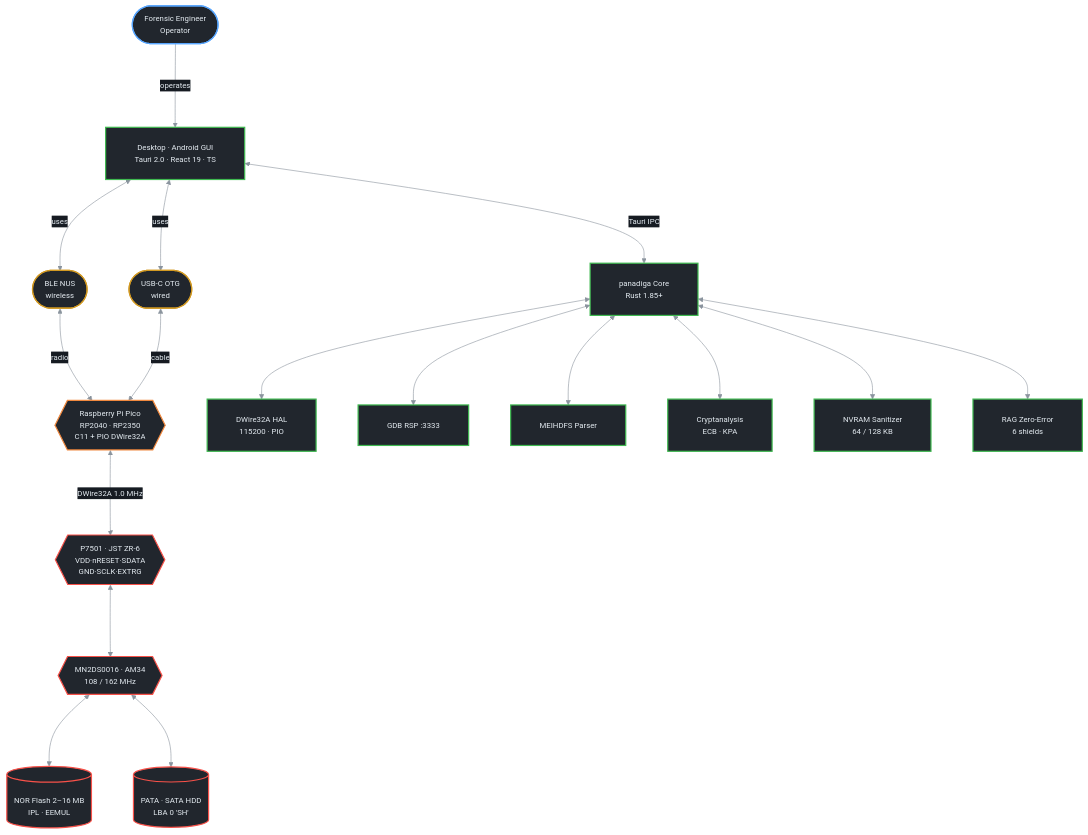
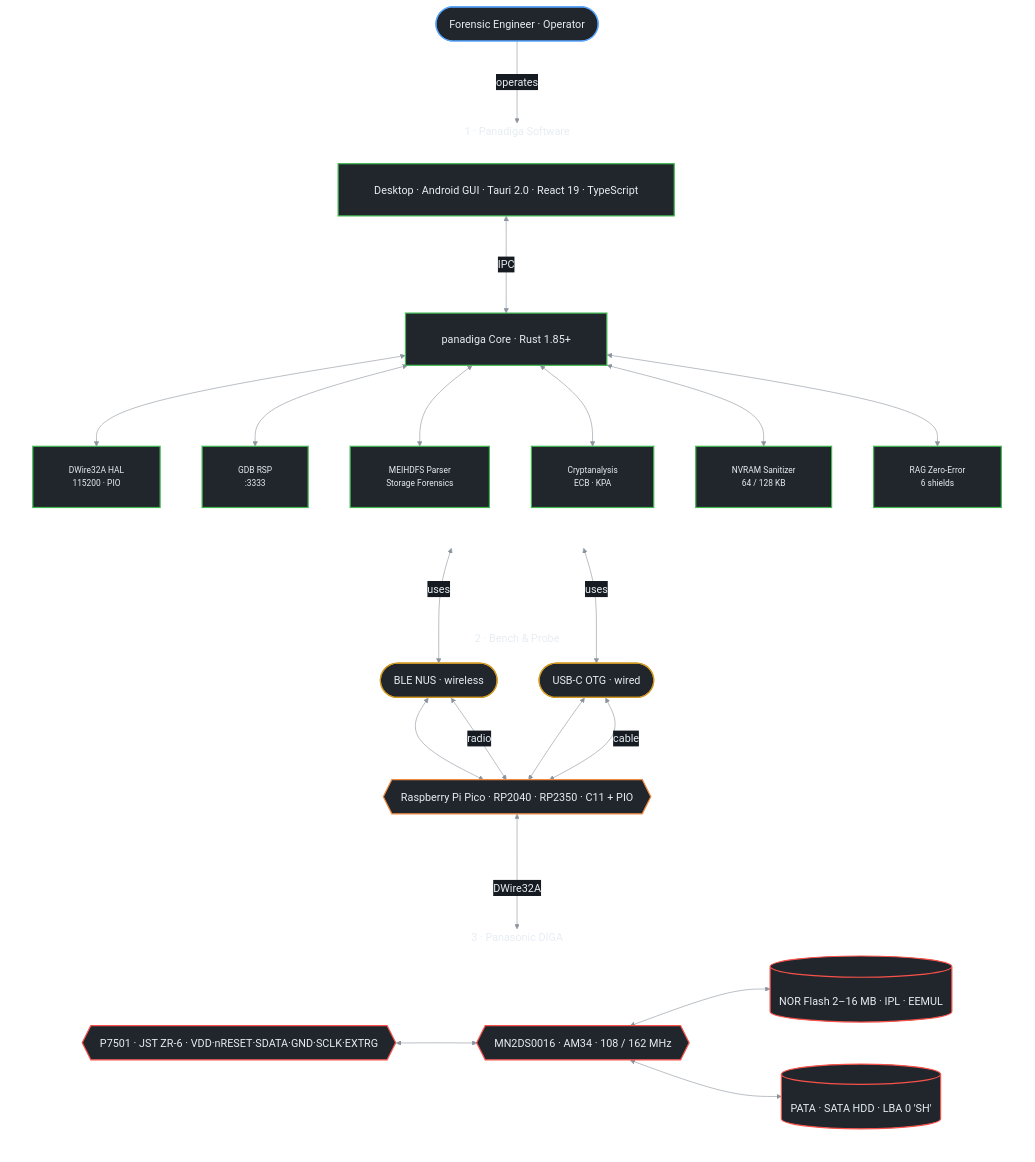
The diagram in README.md (danielchrono/Panadiga), drawn with Mermaid before and after one commit. The commit also changed 1 other file, not shown here.

Commit message:
docs: update system architecture flowchart in documentation

````diff
--- a/README.md
+++ b/README.md
@@ -41,59 +41,70 @@
 ```mermaid
-%%{init: {'theme':'base','themeVariables':{'fontFamily':'ui-monospace, SFMono-Regular, Menlo, monospace','fontSize':'13px','background':'#161b22','primaryColor':'#21262d','primaryTextColor':'#e6edf3','primaryBorderColor':'#484f58','lineColor':'#8b949e','secondaryColor':'#21262d','tertiaryColor':'#21262d','edgeLabelBackground':'#161b22','titleColor':'#e6edf3'},'flowchart':{'nodeSpacing':70,'rankSpacing':120,'curve':'basis','padding':24}}}%%
-flowchart TB
-    USER(["Forensic Engineer<br/>Operator"])
+%%{init: {'theme':'base','themeCSS':'.edgeLabel span, .edgeLabel div, .edgeLabel p { white-space: nowrap !important; }','themeVariables':{'fontFamily':'ui-monospace, SFMono-Regular, Menlo, monospace','fontSize':'18px','background':'#161b22','primaryColor':'#21262d','primaryTextColor':'#e6edf3','primaryBorderColor':'#484f58','lineColor':'#8b949e','secondaryColor':'#21262d','tertiaryColor':'#21262d','edgeLabelBackground':'#161b22','titleColor':'#e6edf3'},'flowchart':{'htmlLabels':true,'useMaxWidth':false,'wrappingWidth':4000,'nodeSpacing':70,'rankSpacing':110,'curve':'basis','padding':30}}}%%
+flowchart TD
+    USER(["Forensic Engineer · Operator"])
 
-    GUI["Desktop · Android GUI<br/>Tauri 2.0 · React 19 · TS"]
+    subgraph SOFTWARE_SUITE["1 · Panadiga Software"]
+        direction TB
+        GUI["Desktop · Android GUI · Tauri 2.0 · React 19 · TypeScript"]
+        CLI["panadiga Core · Rust 1.85+"]
+        GUI <--> |"IPC"| CLI
 
-    BLE(["BLE NUS<br/>wireless"])
-    USB(["USB-C OTG<br/>wired"])
+        DW_HAL["DWire32A HAL<br/>115200 · PIO"]
+        GDB_SRV["GDB RSP<br/>:3333"]
+        MEIHDFS["MEIHDFS Parser<br/>Storage Forensics"]
+        CRYPTO["Cryptanalysis<br/>ECB · KPA"]
+        NVRAM["NVRAM Sanitizer<br/>64 / 128 KB"]
+        RAG["RAG Zero-Error<br/>6 shields"]
 
-    PICO{{"Raspberry Pi Pico<br/>RP2040 · RP2350<br/>C11 + PIO DWire32A"}}
+        CLI <--> DW_HAL
+        CLI <--> GDB_SRV
+        CLI <--> MEIHDFS
+        CLI <--> CRYPTO
+        CLI <--> NVRAM
+        CLI <--> RAG
+    end
 
-    CLI["panadiga Core<br/>Rust 1.85+"]
+    subgraph LAB_BENCH["2 · Bench & Probe"]
+        BLE(["BLE NUS · wireless"])
+        USB(["USB-C OTG · wired"])
+        PICO{{"Raspberry Pi Pico · RP2040 · RP2350 · C11 + PIO"}}
+        BLE <--> PICO
+        USB <--> PICO
+    end
 
-    P7501{{"P7501 · JST ZR-6<br/>VDD·nRESET·SDATA<br/>GND·SCLK·EXTRG"}}
-
-    DW_HAL["DWire32A HAL<br/>115200 · PIO"]
-    GDB_SRV["GDB RSP :3333"]
-    MEIHDFS["MEIHDFS Parser"]
-    CRYPTO["Cryptanalysis<br/>ECB · KPA"]
-    NVRAM["NVRAM Sanitizer<br/>64 / 128 KB"]
-    RAG["RAG Zero-Error<br/>6 shields"]
-
-    AM34{{"MN2DS0016 · AM34<br/>108 / 162 MHz"}}
-    FLASH[("NOR Flash 2–16 MB<br/>IPL · EEMUL")]
-    HDD[("PATA · SATA HDD<br/>LBA 0 'SH'")]
+    subgraph TARGET_HARDWARE["3 · Panasonic DIGA"]
+        direction LR
+        P7501{{"P7501 · JST ZR-6 · VDD·nRESET·SDATA·GND·SCLK·EXTRG"}}
+        AM34{{"MN2DS0016 · AM34 · 108 / 162 MHz"}}
+        FLASH[("NOR Flash 2–16 MB · IPL · EEMUL")]
+        HDD[("PATA · SATA HDD · LBA 0 'SH'")]
+        P7501 <--> AM34
+        AM34 <--> FLASH
+        AM34 <--> HDD
+    end
 
     USER --> |"operates"| GUI
-
     GUI <--> |"uses"| BLE
     GUI <--> |"uses"| USB
     BLE <--> |"radio"| PICO
     USB <--> |"cable"| PICO
-
-    GUI <--> |"Tauri IPC"| CLI
-    CLI <--> DW_HAL
-    CLI <--> GDB_SRV
-    CLI <--> MEIHDFS
-    CLI <--> CRYPTO
-    CLI <--> NVRAM
-    CLI <--> RAG
-
-    PICO <--> |"DWire32A 1.0 MHz"| P7501
-    P7501 <--> AM34
-    AM34 <--> FLASH
-    AM34 <--> HDD
+    PICO <--> |"DWire32A"| P7501
 
     classDef lab       fill:#21262d,stroke:#58a6ff,color:#e6edf3,stroke-width:2px
     classDef transport fill:#21262d,stroke:#d29922,color:#e6edf3,stroke-width:2px
     classDef probe     fill:#21262d,stroke:#f0883e,color:#e6edf3,stroke-width:2px
     classDef sw        fill:#21262d,stroke:#3fb950,color:#e6edf3,stroke-width:2px
+    classDef swc       fill:#21262d,stroke:#3fb950,color:#e6edf3,stroke-width:2px,font-size:14px
     classDef tgt       fill:#21262d,stroke:#f85149,color:#e6edf3,stroke-width:2px
 
     class USER lab
-    class GUI,CLI,DW_HAL,GDB_SRV,MEIHDFS,CRYPTO,NVRAM,RAG sw
+    class GUI,CLI sw
+    class DW_HAL,GDB_SRV,MEIHDFS,CRYPTO,NVRAM,RAG swc
     class BLE,USB transport
     class PICO probe
     class P7501,AM34,FLASH,HDD tgt
+
+    style SOFTWARE_SUITE fill:transparent,stroke-width:0px
+    style LAB_BENCH fill:transparent,stroke-width:0px
+    style TARGET_HARDWARE fill:transparent,stroke-width:0px
 ```
````
